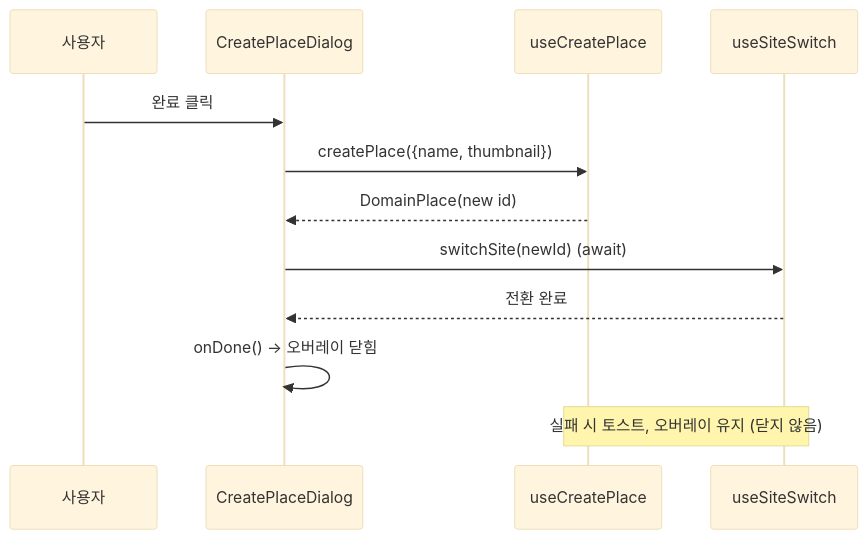
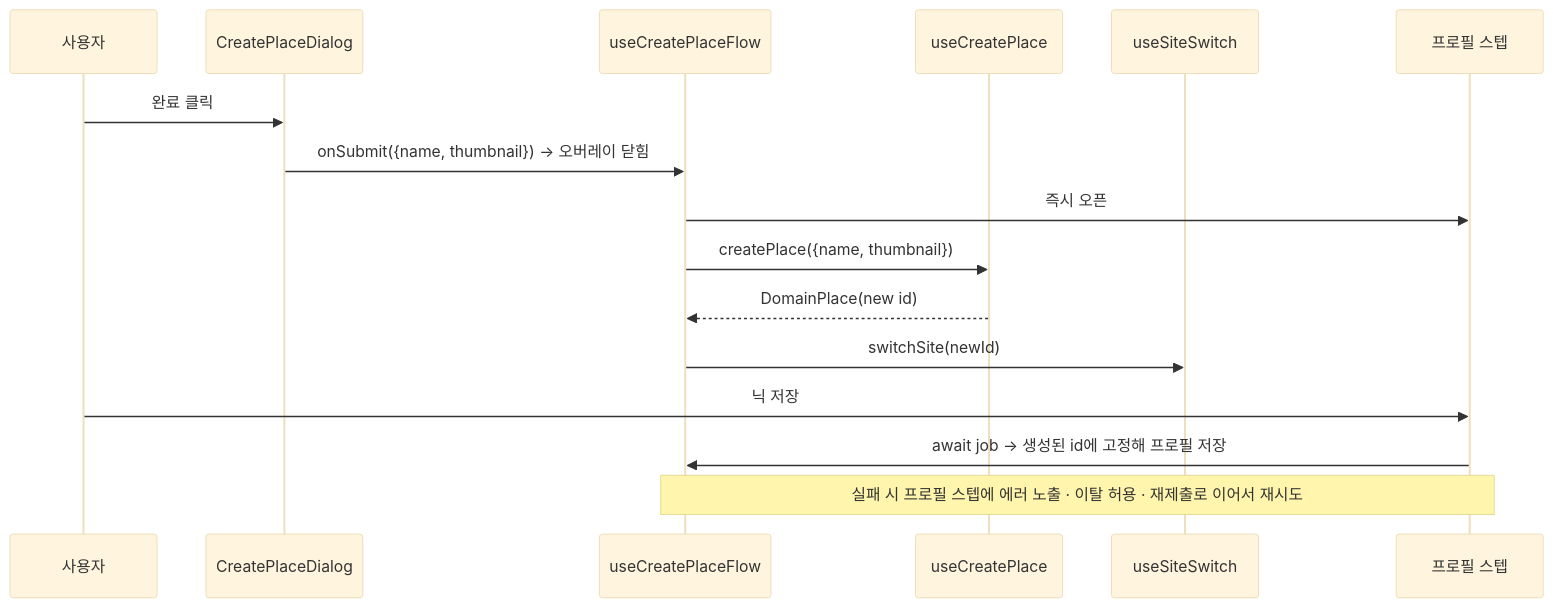
Before and after one commit to lemoncloud-io/dou-app: the second of 2 diagrams in apps/web/docs/feature/home/place-channel-create.md, drawn with Mermaid (base theme). The commit also changed other lines of this file and 26 other files, not shown here.

````diff
--- a/apps/web/docs/feature/home/place-channel-create.md
+++ b/apps/web/docs/feature/home/place-channel-create.md
@@ -113,14 +119,18 @@
 ```mermaid
 sequenceDiagram
     participant U as 사용자
     participant D as CreatePlaceDialog
+    participant F as useCreatePlaceFlow
     participant H as useCreatePlace
     participant S as useSiteSwitch
+    participant P as 프로필 스텝
     U->>D: 완료 클릭
-    D->>H: createPlace({name, thumbnail})
-    H-->>D: DomainPlace(new id)
-    D->>S: switchSite(newId)  (await)
-    S-->>D: 전환 완료
-    D->>D: onDone() → 오버레이 닫힘
-    Note over H,S: 실패 시 토스트, 오버레이 유지 (닫지 않음)
+    D->>F: onSubmit({name, thumbnail}) → 오버레이 닫힘
+    F->>P: 즉시 오픈
+    F->>H: createPlace({name, thumbnail})
+    H-->>F: DomainPlace(new id)
+    F->>S: switchSite(newId)
+    U->>P: 닉 저장
+    P->>F: await job → 생성된 id에 고정해 프로필 저장
+    Note over F,P: 실패 시 프로필 스텝에 에러 노출 · 이탈 허용 · 재제출로 이어서 재시도
 ```
````
